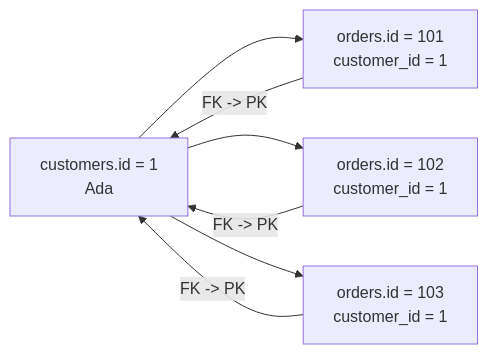
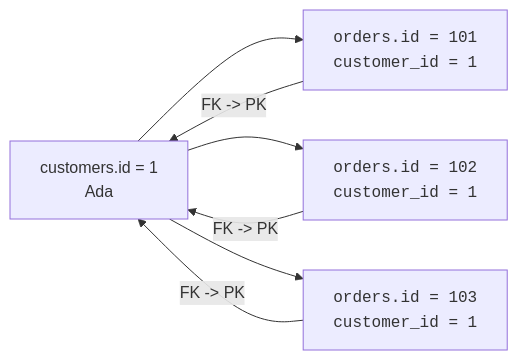
Before and after one commit to dataslope/dataslope: the third of 4 diagrams in content/learn/database-design-postgresql/one-to-many.mdx, drawn with Mermaid. The commit also changed 153 other files, not shown here.

First line of the commit message:
Render code-only mermaid shapes in monospace; convert step sequences to Steps

````diff
--- a/content/learn/database-design-postgresql/one-to-many.mdx
+++ b/content/learn/database-design-postgresql/one-to-many.mdx
@@ -56,9 +56,9 @@
 ```mermaid
 flowchart LR
-    C["customers.id = 1<br/>Ada"] --> O1["orders.id = 101<br/>customer_id = 1"]
-    C --> O2["orders.id = 102<br/>customer_id = 1"]
-    C --> O3["orders.id = 103<br/>customer_id = 1"]
+    C["customers.id = 1<br/>Ada"] --> O1["<code>orders.id = 101<br/>customer_id = 1</code>"]
+    C --> O2["<code>orders.id = 102<br/>customer_id = 1</code>"]
+    C --> O3["<code>orders.id = 103<br/>customer_id = 1</code>"]
     O1 -->|"FK -> PK"| C
     O2 -->|"FK -> PK"| C
     O3 -->|"FK -> PK"| C
 ```
````
